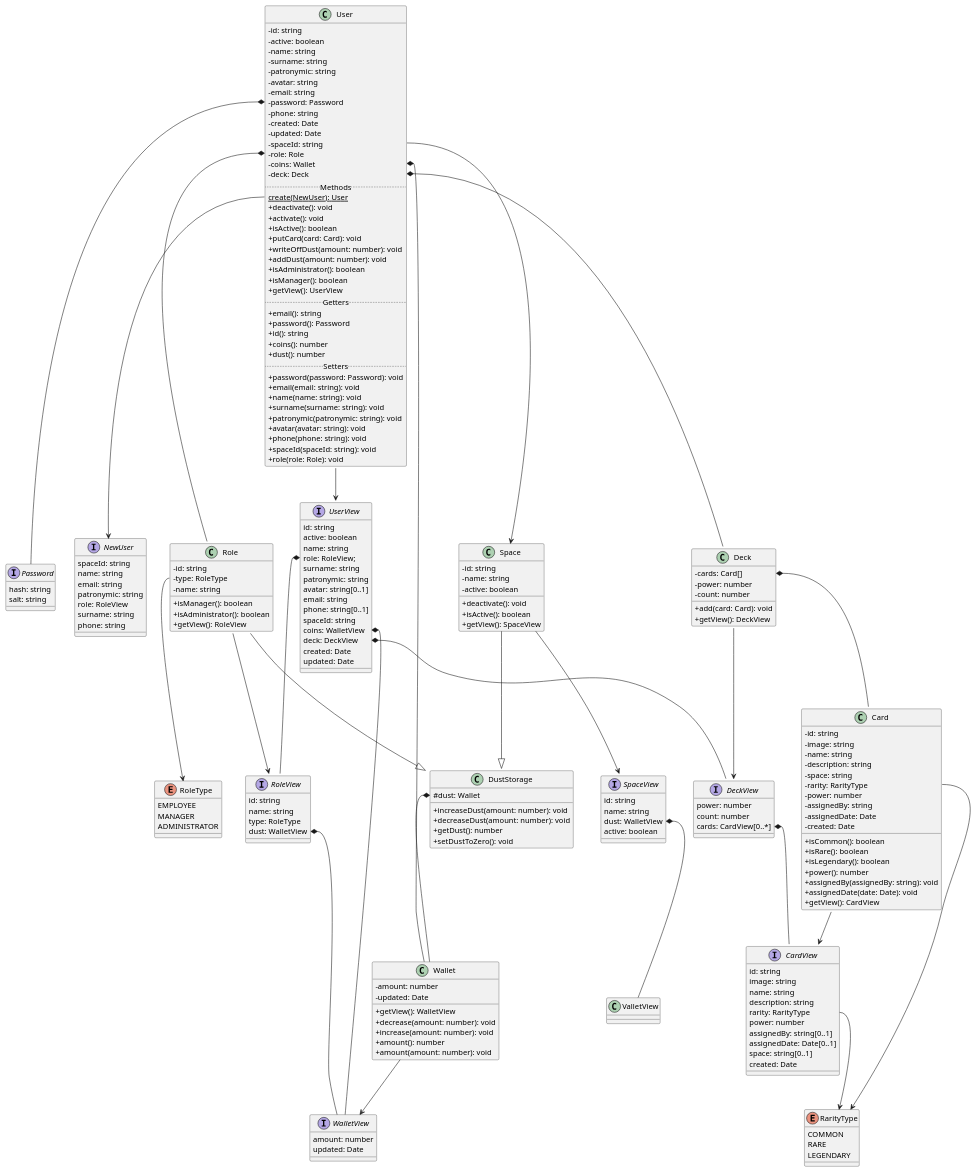
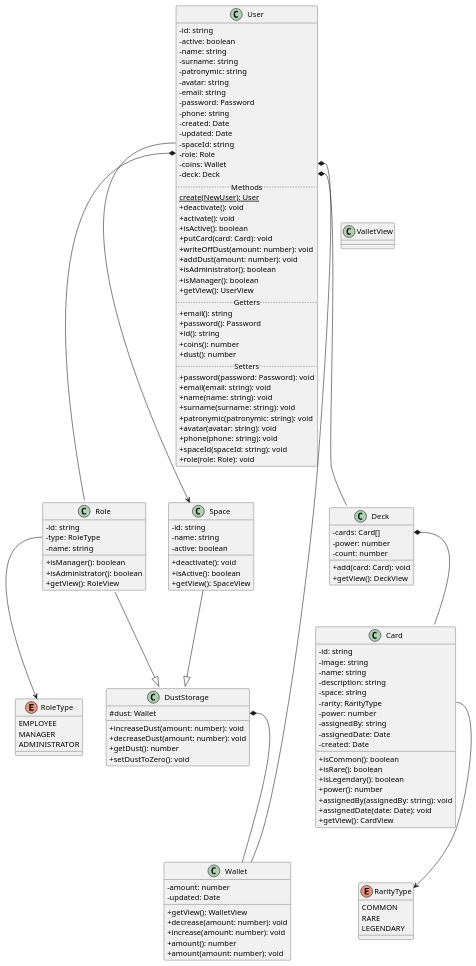
The diagram in docs/diagrams/domain_entity.puml (gleip/ccls), drawn with PlantUML before and after one commit.

Commit message:
Изменил uml

```diff
--- a/docs/diagrams/domain_entity.puml
+++ b/docs/diagrams/domain_entity.puml
@@ -214,4 +214,24 @@
 Deck --> DeckView
 UserView::coins *-- WalletView
 UserView::deck *-- DeckView
+RoleView::type --> RoleType
+SpaceView::dust *-- WalletView
+
+' remove User
+' remove Role
+' remove Wallet
+' remove Deck
+' remove Card
+' remove Space
+' remove DustStorage
+
+remove UserView
+remove RoleView
+remove WalletView
+remove SpaceView
+remove DeckView
+remove CardView
+
+remove Password
+remove NewUser
 @enduml
```
